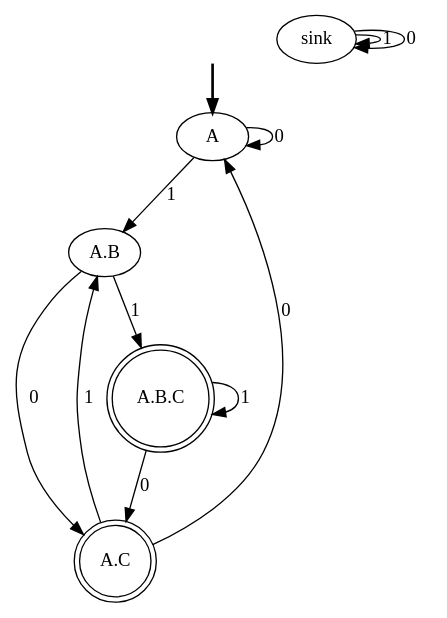
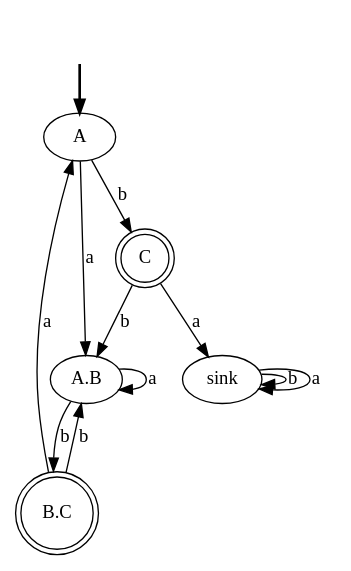
Before and after one commit to OM234/Discrete-Math-FSA-Assignment-2: the diagram in DFA.dot, drawn with Graphviz. The commit also changed 6 other files, not shown here.

```diff
--- a/DFA.dot
+++ b/DFA.dot
@@ -1,19 +1,19 @@
 digraph {
 	fake [style=invisible]
+	"A.B"
+	C [shape=doublecircle]
+	"B.C" [shape=doublecircle]
 	sink
 	A [root=true]
-	"A.C" [shape=doublecircle]
-	"A.B"
-	"A.B.C" [shape=doublecircle]
 	fake -> A [style=bold]
-	A -> A [label=0]
-	A -> "A.B" [label=1]
-	"A.B" -> "A.C" [label=0]
-	"A.B" -> "A.B.C" [label=1]
-	"A.C" -> A [label=0]
-	"A.C" -> "A.B" [label=1]
-	"A.B.C" -> "A.C" [label=0]
-	"A.B.C" -> "A.B.C" [label=1]
-	sink -> sink [label=1]
-	sink -> sink [label=0]
+	A -> "A.B" [label=a]
+	A -> C [label=b]
+	"A.B" -> "A.B" [label=a]
+	"A.B" -> "B.C" [label=b]
+	C -> "A.B" [label=b]
+	"B.C" -> A [label=a]
+	"B.C" -> "A.B" [label=b]
+	C -> sink [label=a]
+	sink -> sink [label=b]
+	sink -> sink [label=a]
 }
```
